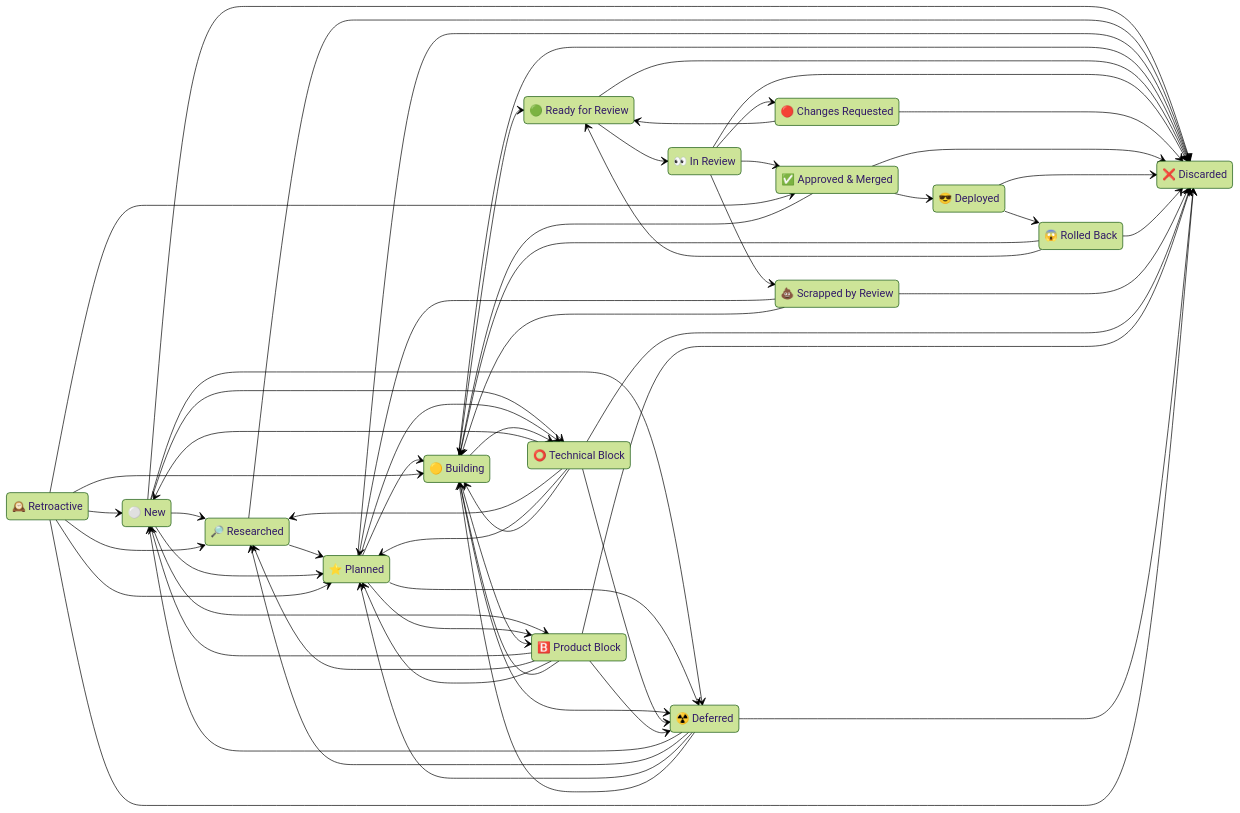
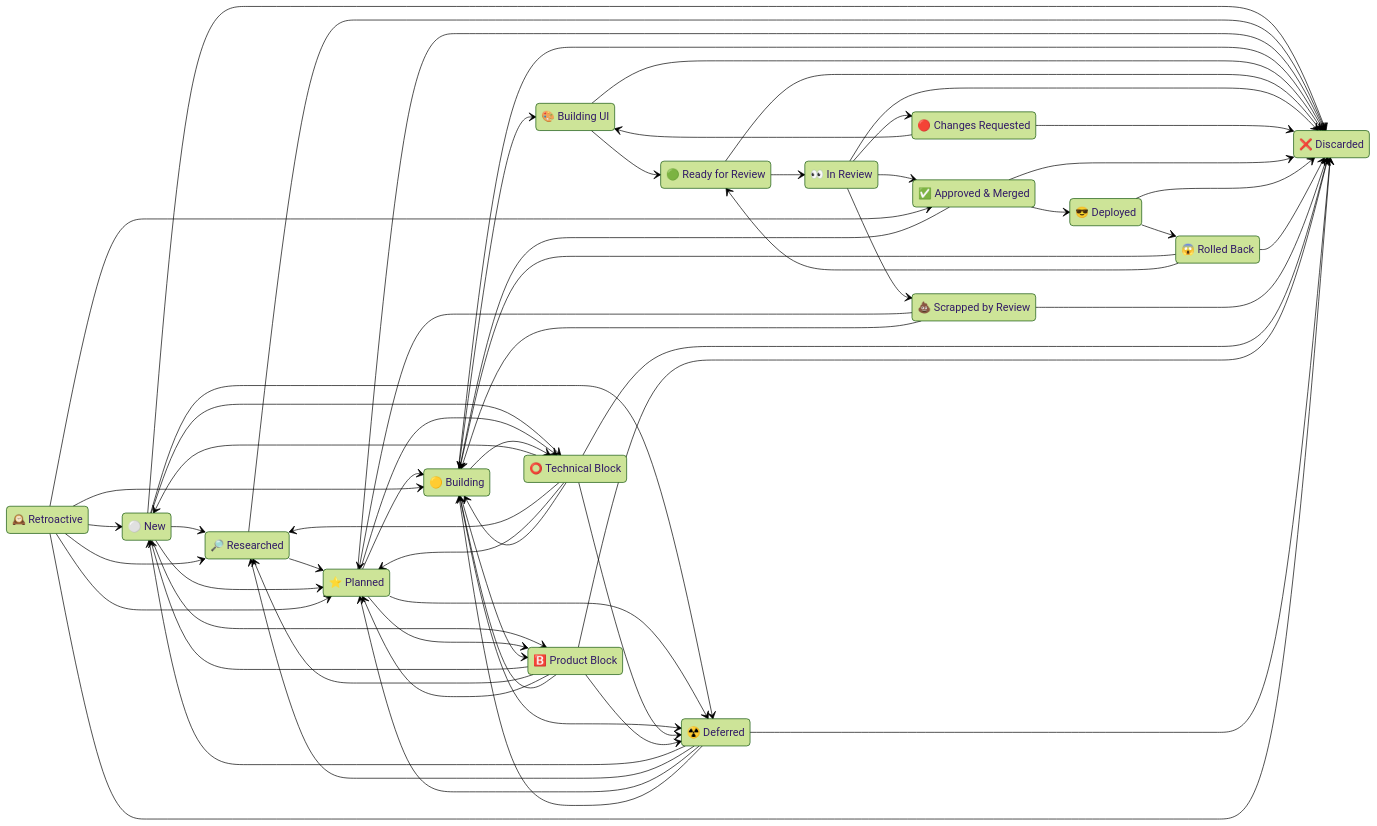
Before and after one commit to kigster/agentilda-ai-setup: the diagram in context/feature-building/agentilda.md, drawn with Mermaid (forest theme). The commit also changed other lines of this file and 17 other files, not shown here.

```diff
--- a/context/feature-building/agentilda.md
+++ b/context/feature-building/agentilda.md
@@ -137,6 +139,7 @@
     researched : 🔎 Researched
     planned : ⭐️ Planned
     building : 🟡 Building
+    building_ui : 🎨 Building UI
     ready_for_review : 🟢 Ready for Review
     in_review : 👀 In Review
     rejected : 🔴 Changes Requested
@@ -174,8 +177,9 @@
     blocked --> building
     product_blocked --> building
     deferred --> building
-    building --> ready_for_review
-    rejected --> ready_for_review
+    building --> building_ui
+    rejected --> building_ui
+    building_ui --> ready_for_review
     rolled_back --> ready_for_review
     ready_for_review --> in_review
     in_review --> approved
@@ -199,6 +203,7 @@
     researched --> discarded
     planned --> discarded
     building --> discarded
+    building_ui --> discarded
     ready_for_review --> discarded
     in_review --> discarded
     rejected --> discarded
```
